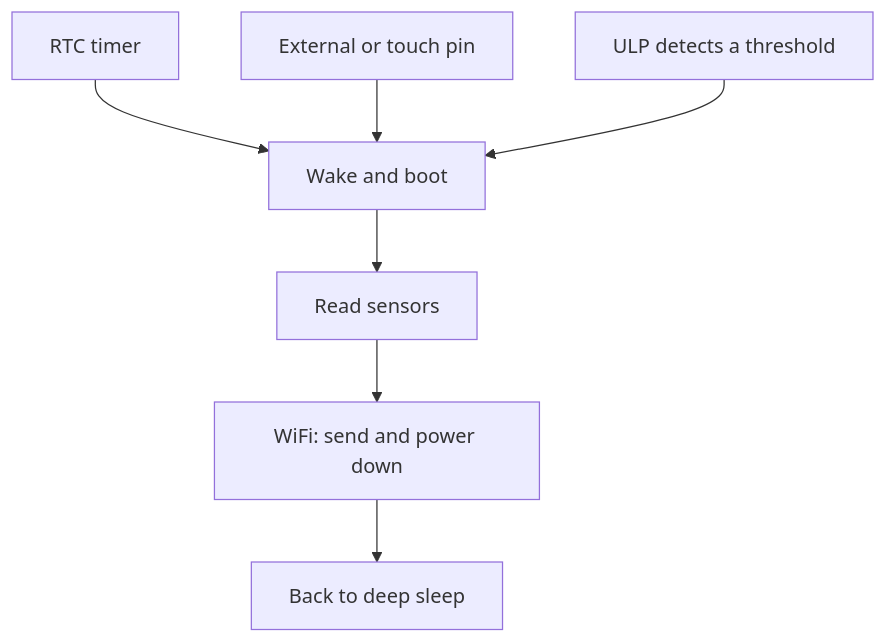
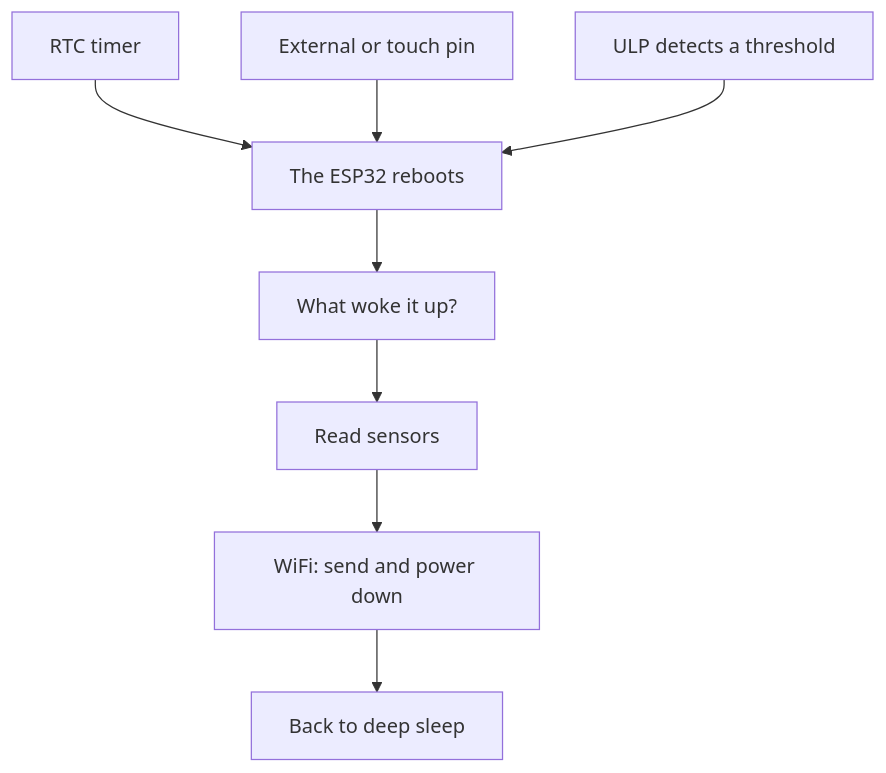
One commit to HackerspaceVLC/hackvlc.es changed the diagram in content/english/blog/esp32-low-power/index.md. Above: the diagram before and after it, drawn with Mermaid. The commit also changed other lines of this file and 1 other file, not shown here.

First line of the commit message:
content(blog): ampliar el post de consumo del ESP32

````diff
--- a/content/english/blog/esp32-low-power/index.md
+++ b/content/english/blog/esp32-low-power/index.md
@@ -43,9 +151,10 @@
 ```mermaid
 flowchart TD
-  A["RTC timer"] --> W["Wake and boot"]
+  A["RTC timer"] --> W["The ESP32 reboots"]
   B["External or touch pin"] --> W
   C["ULP detects a threshold"] --> W
-  W --> M["Read sensors"]
+  W --> R["What woke it up?"]
+  R --> M["Read sensors"]
   M --> T["WiFi: send and power down"]
   T --> S["Back to deep sleep"]
 ```
````
